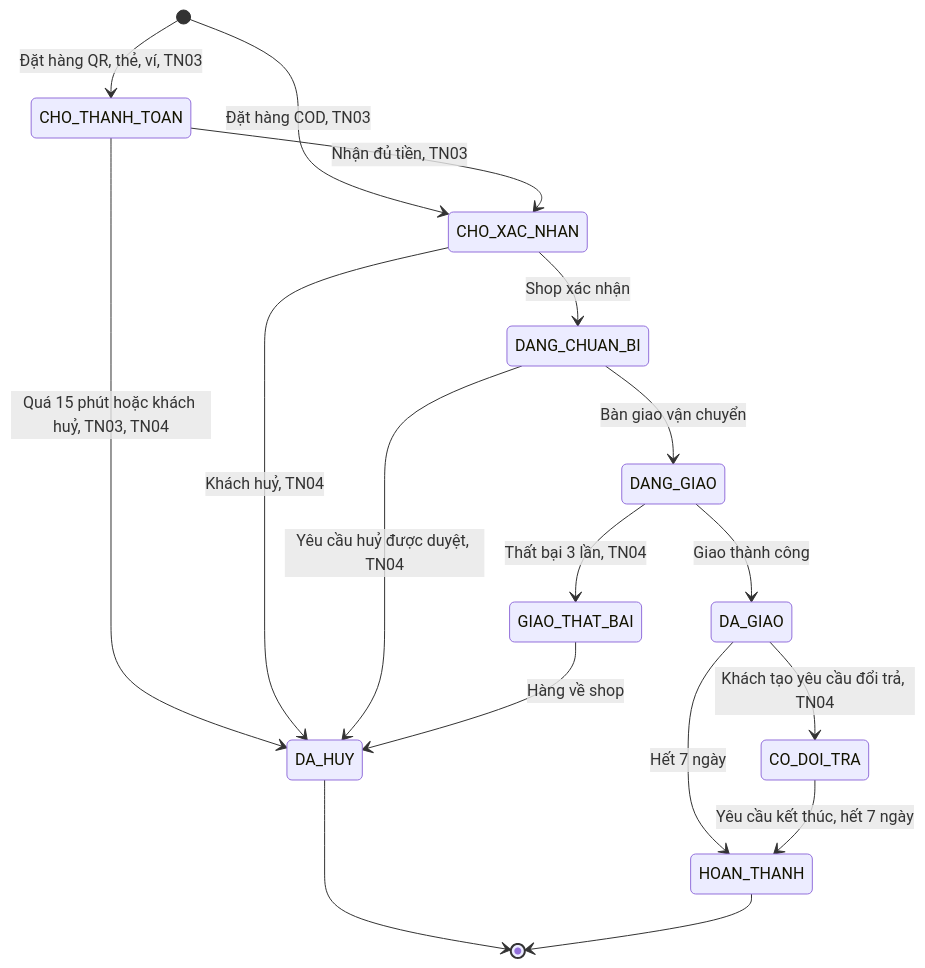
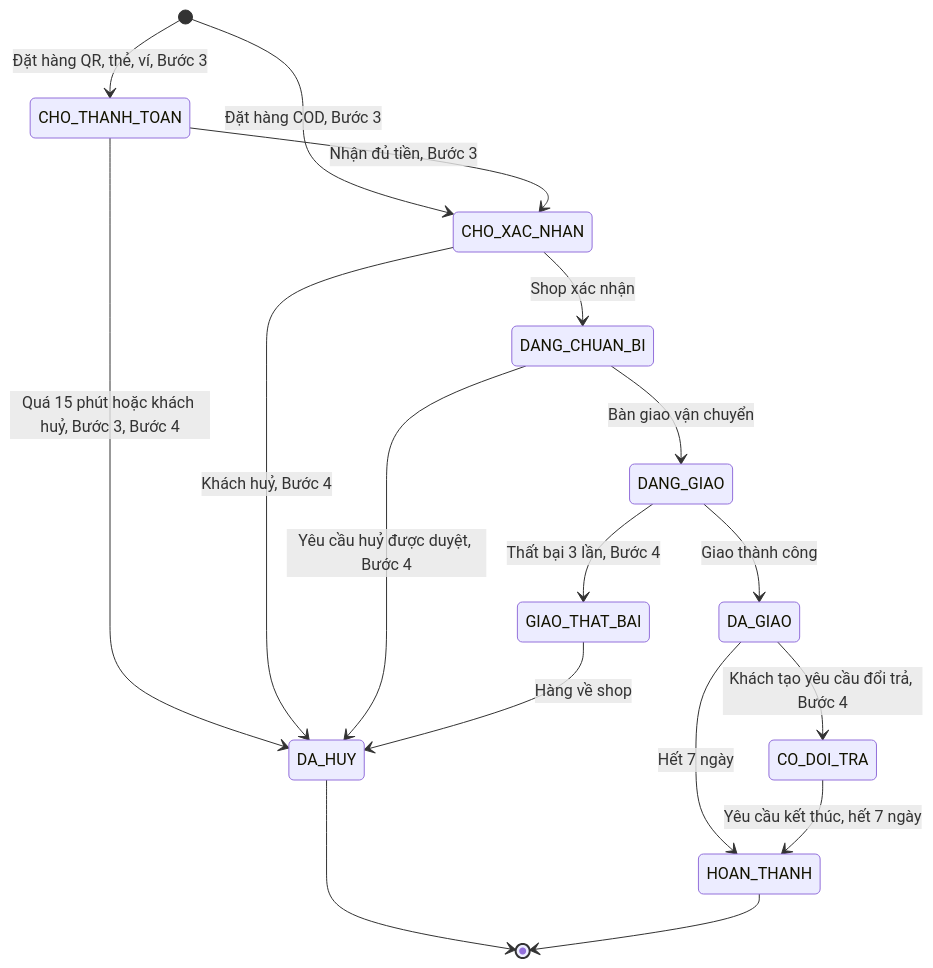
The first of 2 diagrams in README.md (uxfoundation-vn/de03-website-mua-quan-ao), drawn with Mermaid before and after one commit. The commit also changed other lines of this file and 10 other files, not shown here.

````diff
--- a/README.md
+++ b/README.md
@@ -20,19 +26,19 @@
 ```mermaid
 stateDiagram-v2
-  [*] --> CHO_THANH_TOAN : Đặt hàng QR, thẻ, ví, TN03
-  [*] --> CHO_XAC_NHAN : Đặt hàng COD, TN03
-  CHO_THANH_TOAN --> CHO_XAC_NHAN : Nhận đủ tiền, TN03
-  CHO_THANH_TOAN --> DA_HUY : Quá 15 phút hoặc khách huỷ, TN03, TN04
+  [*] --> CHO_THANH_TOAN : Đặt hàng QR, thẻ, ví, Bước 3
+  [*] --> CHO_XAC_NHAN : Đặt hàng COD, Bước 3
+  CHO_THANH_TOAN --> CHO_XAC_NHAN : Nhận đủ tiền, Bước 3
+  CHO_THANH_TOAN --> DA_HUY : Quá 15 phút hoặc khách huỷ, Bước 3, Bước 4
   CHO_XAC_NHAN --> DANG_CHUAN_BI : Shop xác nhận
-  CHO_XAC_NHAN --> DA_HUY : Khách huỷ, TN04
-  DANG_CHUAN_BI --> DA_HUY : Yêu cầu huỷ được duyệt, TN04
+  CHO_XAC_NHAN --> DA_HUY : Khách huỷ, Bước 4
+  DANG_CHUAN_BI --> DA_HUY : Yêu cầu huỷ được duyệt, Bước 4
   DANG_CHUAN_BI --> DANG_GIAO : Bàn giao vận chuyển
   DANG_GIAO --> DA_GIAO : Giao thành công
-  DANG_GIAO --> GIAO_THAT_BAI : Thất bại 3 lần, TN04
+  DANG_GIAO --> GIAO_THAT_BAI : Thất bại 3 lần, Bước 4
   GIAO_THAT_BAI --> DA_HUY : Hàng về shop
-  DA_GIAO --> CO_DOI_TRA : Khách tạo yêu cầu đổi trả, TN04
+  DA_GIAO --> CO_DOI_TRA : Khách tạo yêu cầu đổi trả, Bước 4
   DA_GIAO --> HOAN_THANH : Hết 7 ngày
   CO_DOI_TRA --> HOAN_THANH : Yêu cầu kết thúc, hết 7 ngày
   DA_HUY --> [*]
   HOAN_THANH --> [*]
 ```
````
